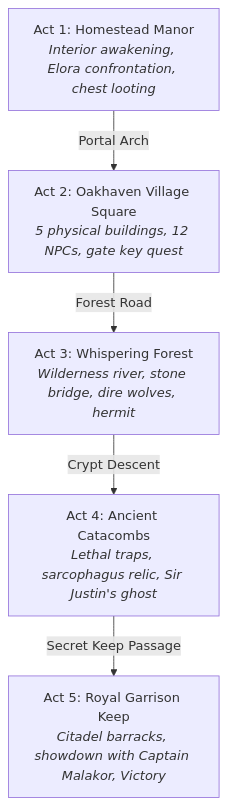
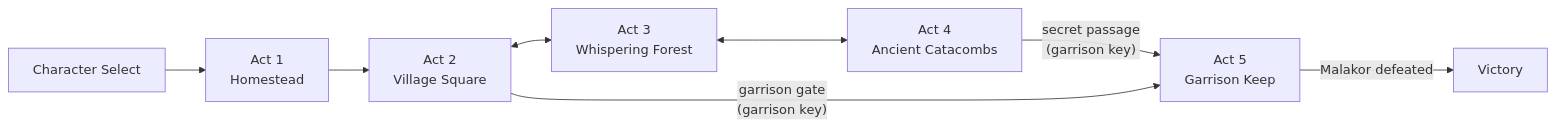
Before and after one commit to nddipiazza/robos: the diagram in docs/projects/crpg-realm.md, drawn with Mermaid. The commit also changed other lines of this file and 24 other files, not shown here.

````diff
--- a/docs/projects/crpg-realm.md
+++ b/docs/projects/crpg-realm.md
@@ -59,7 +64,10 @@
 ```mermaid
-graph TD
-    Act1["Act 1: Homestead Manor<br/><i>Interior awakening, Elora confrontation, chest looting</i>"] -->|Portal Arch| Act2["Act 2: Oakhaven Village Square<br/><i>5 physical buildings, 12 NPCs, gate key quest</i>"]
-    Act2 -->|Forest Road| Act3["Act 3: Whispering Forest<br/><i>Wilderness river, stone bridge, dire wolves, hermit</i>"]
-    Act3 -->|Crypt Descent| Act4["Act 4: Ancient Catacombs<br/><i>Lethal traps, sarcophagus relic, Sir Justin's ghost</i>"]
-    Act4 -->|Secret Keep Passage| Act5["Act 5: Royal Garrison Keep<br/><i>Citadel barracks, showdown with Captain Malakor, Victory</i>"]
+graph LR
+    CS[Character Select] --> HS["Act 1<br/>Homestead"]
+    HS --> VS["Act 2<br/>Village Square"]
+    VS <--> WF["Act 3<br/>Whispering Forest"]
+    WF <--> AC["Act 4<br/>Ancient Catacombs"]
+    AC -->|"secret passage<br/>(garrison key)"| GK["Act 5<br/>Garrison Keep"]
+    VS -->|"garrison gate<br/>(garrison key)"| GK
+    GK -->|Malakor defeated| V[Victory]
 ```
````
